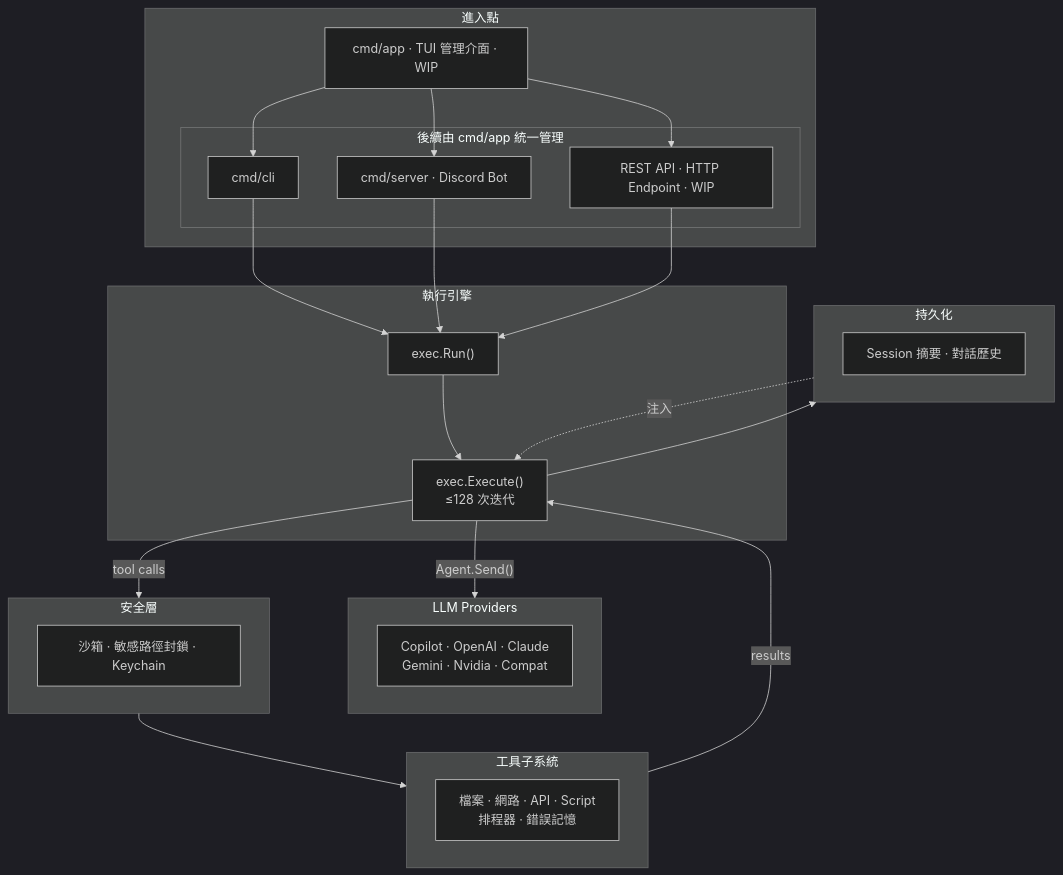
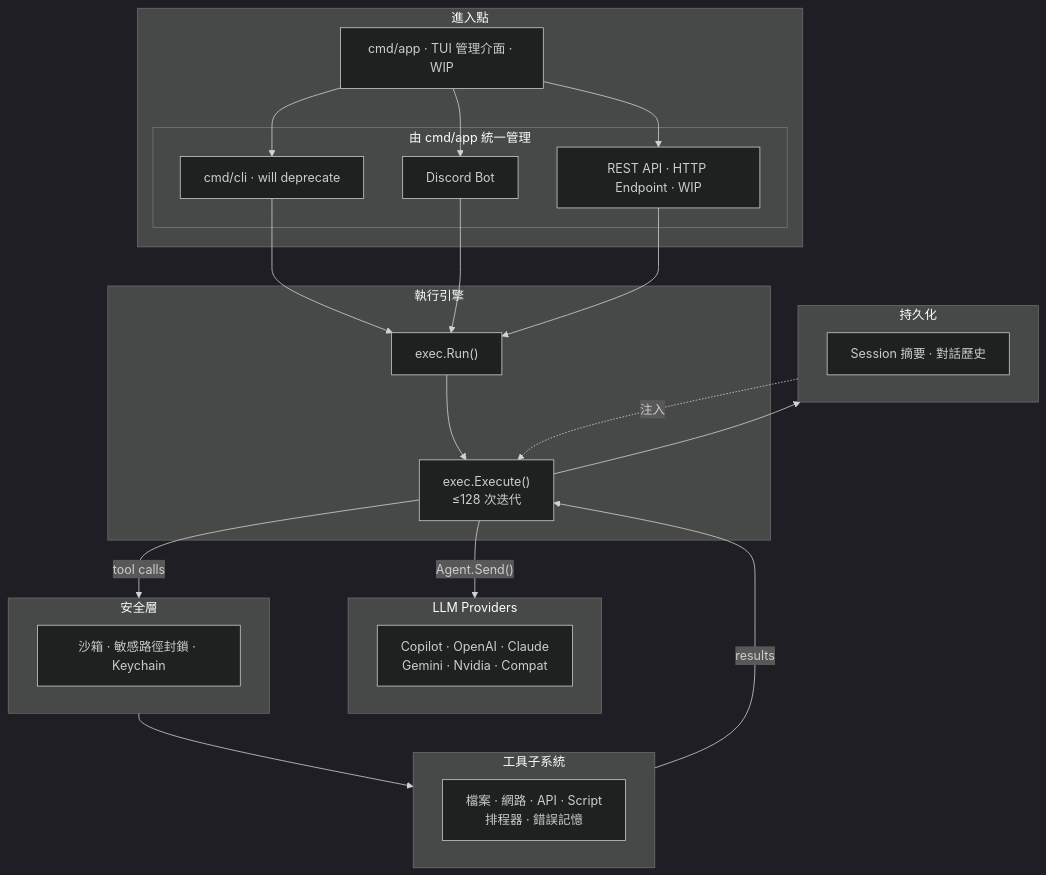
The diagram in doc/README.zh.md (pardnchiu/Agenvoy), drawn with Mermaid (dark theme) before and after one commit. The commit also changed 5 other files, not shown here.

Commit message:
feat: Integrate Discord bot and REST API into cmd/app and session format renderers

````diff
--- a/doc/README.zh.md
+++ b/doc/README.zh.md
@@ -52,46 +52,46 @@
 ```mermaid
 graph TB
     subgraph Entry ["進入點"]
         App["cmd/app · TUI 管理介面 · WIP"]
-        subgraph Managed ["後續由 cmd/app 統一管理"]
-            CLI["cmd/cli"]
-            Discord["cmd/server · Discord Bot"]
+        subgraph Managed ["由 cmd/app 統一管理"]
+            CLI["cmd/cli · will deprecate"]
+            Discord["Discord Bot"]
             API["REST API · HTTP Endpoint · WIP"]
         end
     end
 
     subgraph Engine ["執行引擎"]
         Run["exec.Run()"]
         Execute["exec.Execute()\n≤128 次迭代"]
     end
 
     subgraph Providers ["LLM Providers"]
         P["Copilot · OpenAI · Claude\nGemini · Nvidia · Compat"]
     end
 
     subgraph Security ["安全層"]
         S["沙箱 · 敏感路徑封鎖 · Keychain"]
     end
 
     subgraph Tools ["工具子系統"]
         T["檔案 · 網路 · API · Script\n排程器 · 錯誤記憶"]
     end
 
     subgraph Persistence ["持久化"]
         PS["Session 摘要 · 對話歷史"]
     end
 
     App --> CLI
     App --> Discord
     App --> API
     CLI --> Run
     Discord --> Run
     API --> Run
     Run --> Execute
     Execute -->|"Agent.Send()"| Providers
     Execute -->|"tool calls"| Security
     Security --> Tools
     Tools -->|"results"| Execute
     Execute --> Persistence
     Persistence -.->|"注入"| Execute
 ```
````
